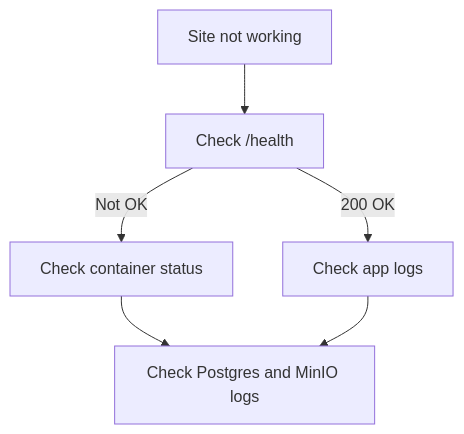
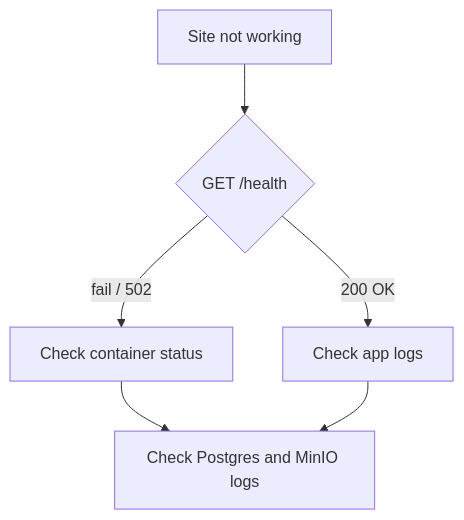
Before and after one commit to ChristopherBiel/TriviaQuiz: the diagram in docs/07-troubleshooting.md, drawn with Mermaid. The commit also changed other lines of this file and 10 other files, not shown here.

````diff
--- a/docs/07-troubleshooting.md
+++ b/docs/07-troubleshooting.md
@@ -10,8 +5,8 @@
 ```mermaid
 flowchart TD
-    A[Site not working] --> B[Check /health]
+    A[Site not working] --> B{GET /health}
     B -->|200 OK| C[Check app logs]
-    B -->|Not OK| D[Check container status]
+    B -->|fail / 502| D[Check container status]
     D --> E[Check Postgres and MinIO logs]
     C --> E
 ```
````
